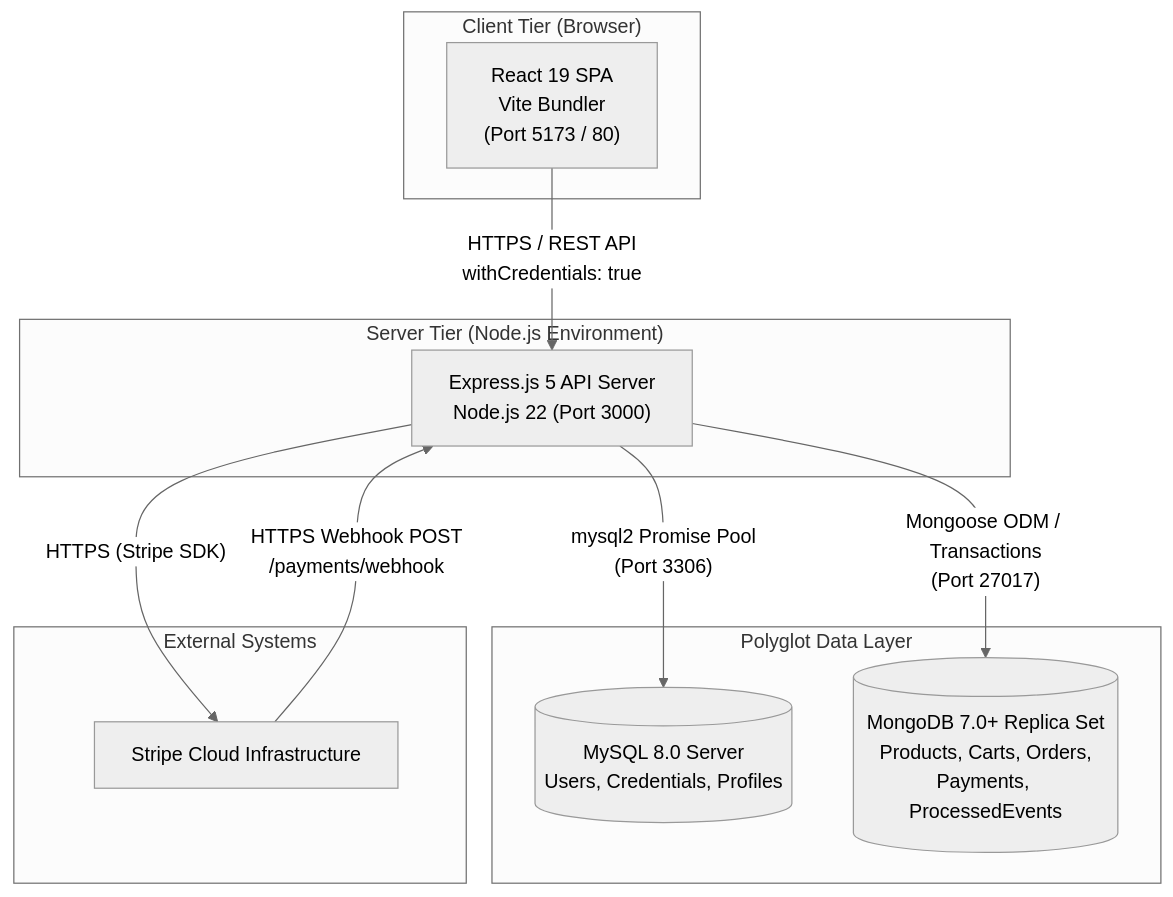
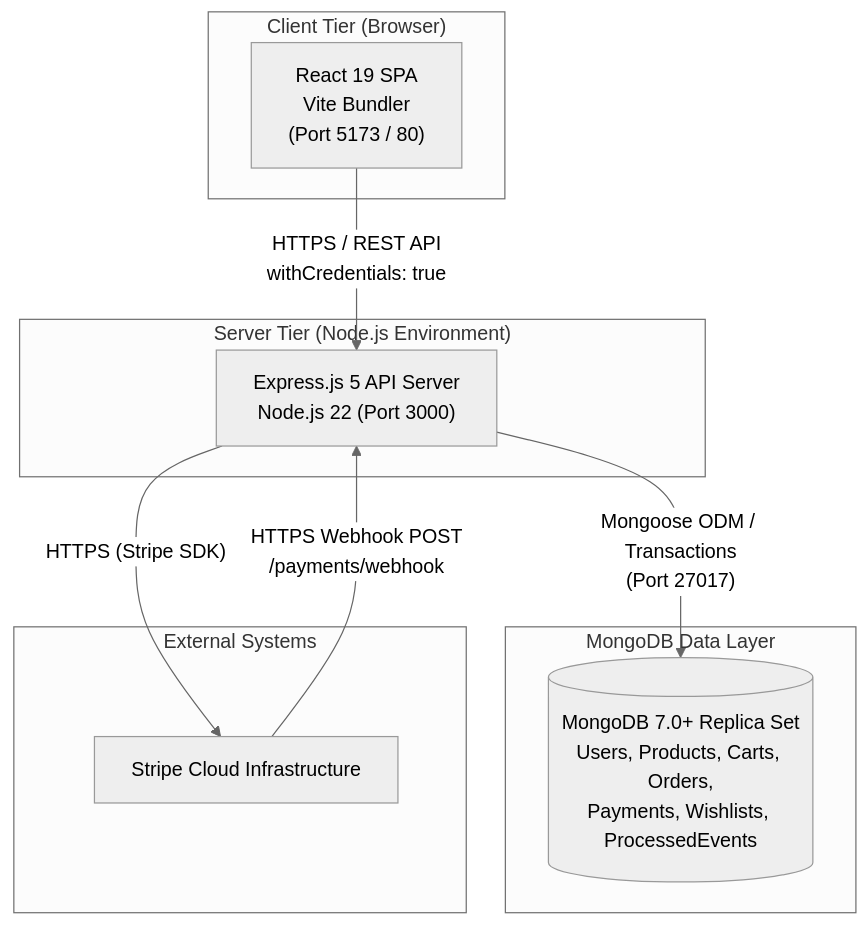
The second of 13 diagrams in ARCHITECTURE.md (Akash0086/E_Commerce), drawn with Mermaid (neutral theme) before and after one commit. The commit also changed other lines of this file and 2 other files, not shown here.

Commit message:
Update the Architecture,System design and API_reference files

````diff
--- a/ARCHITECTURE.md
+++ b/ARCHITECTURE.md
@@ -76,25 +75,23 @@
 ```mermaid
 graph TB
     subgraph ClientDevice ["Client Tier (Browser)"]
         SPA["React 19 SPA<br/>Vite Bundler<br/>(Port 5173 / 80)"]
     end
 
     subgraph ServerInfrastructure ["Server Tier (Node.js Environment)"]
         API["Express.js 5 API Server<br/>Node.js 22 (Port 3000)"]
     end
 
-    subgraph PersistenceTier ["Polyglot Data Layer"]
-        MySQLDb[("MySQL 8.0 Server<br/>Users, Credentials, Profiles")]
-        MongoDb[("MongoDB 7.0+ Replica Set<br/>Products, Carts, Orders,<br/>Payments, ProcessedEvents")]
+    subgraph PersistenceTier ["MongoDB Data Layer"]
+        MongoDb[("MongoDB 7.0+ Replica Set<br/>Users, Products, Carts, Orders,<br/>Payments, Wishlists, ProcessedEvents")]
     end
 
     subgraph ExternalServices ["External Systems"]
         StripeCloud["Stripe Cloud Infrastructure"]
     end
 
     SPA -->|"HTTPS / REST API<br/>withCredentials: true"| API
-    API -->|"mysql2 Promise Pool<br/>(Port 3306)"| MySQLDb
     API -->|"Mongoose ODM / Transactions<br/>(Port 27017)"| MongoDb
     API -->|"HTTPS (Stripe SDK)"| StripeCloud
     StripeCloud -->|"HTTPS Webhook POST<br/>/payments/webhook"| API
 ```
````
